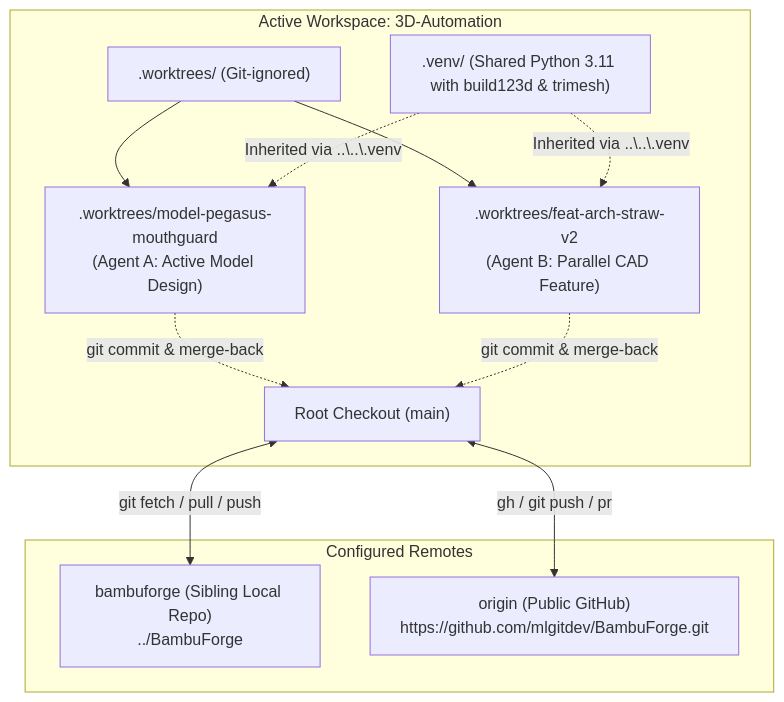
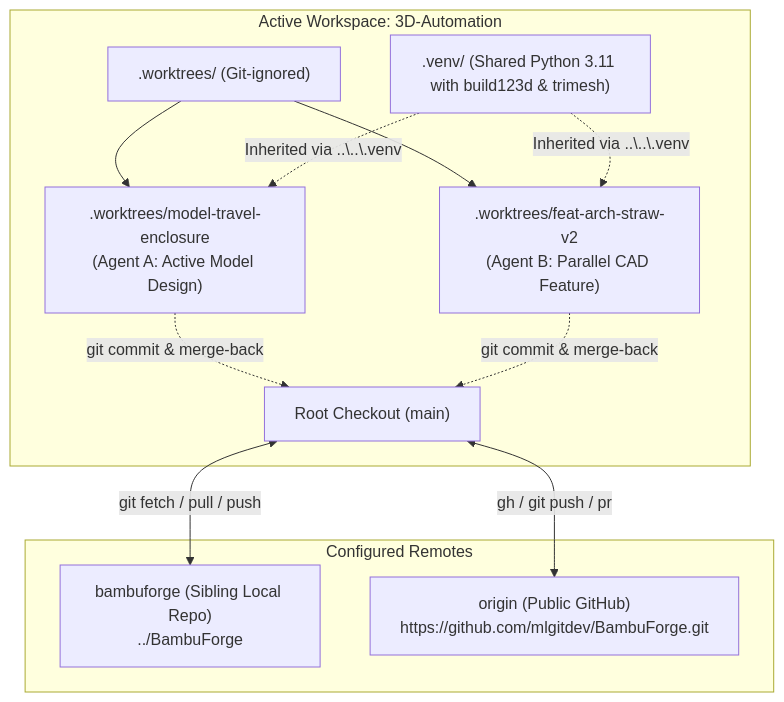
One commit to mlgitdev/BambuForge changed the diagram in .agents/skills/worktree/SKILL.md. Above: the diagram before and after it, drawn with Mermaid. The commit also changed other lines of this file and 5 other files, not shown here.

````diff
--- a/.agents/skills/worktree/SKILL.md
+++ b/.agents/skills/worktree/SKILL.md
@@ -24,26 +24,26 @@
 ```mermaid
 flowchart TD
     subgraph LocalWorkspace["Active Workspace: 3D-Automation"]
         Root["Root Checkout (main)<br/><WORKSPACE_ROOT>"]
         SharedVenv[".venv/ (Shared Python 3.11 with build123d & trimesh)"]
         WorktreesFolder[".worktrees/ (Git-ignored)"]
         
-        WT1[".worktrees/model-pegasus-mouthguard<br/>(Agent A: Active Model Design)"]
+        WT1[".worktrees/model-travel-enclosure<br/>(Agent A: Active Model Design)"]
         WT2[".worktrees/feat-arch-straw-v2<br/>(Agent B: Parallel CAD Feature)"]
         
         WorktreesFolder --> WT1
         WorktreesFolder --> WT2
         SharedVenv -.->|"Inherited via ..\..\.venv"| WT1
         SharedVenv -.->|"Inherited via ..\..\.venv"| WT2
     end
 
     subgraph Remotes["Configured Remotes"]
         SiblingRemote["bambuforge (Sibling Local Repo)<br/>../BambuForge"]
         GitHubRemote["origin (Public GitHub)<br/>https://github.com/mlgitdev/BambuForge.git"]
     end
 
     Root <-->|"git fetch / pull / push"| SiblingRemote
     Root <-->|"gh / git push / pr"| GitHubRemote
     WT1 -.->|"git commit & merge-back"| Root
     WT2 -.->|"git commit & merge-back"| Root
 ```
````
